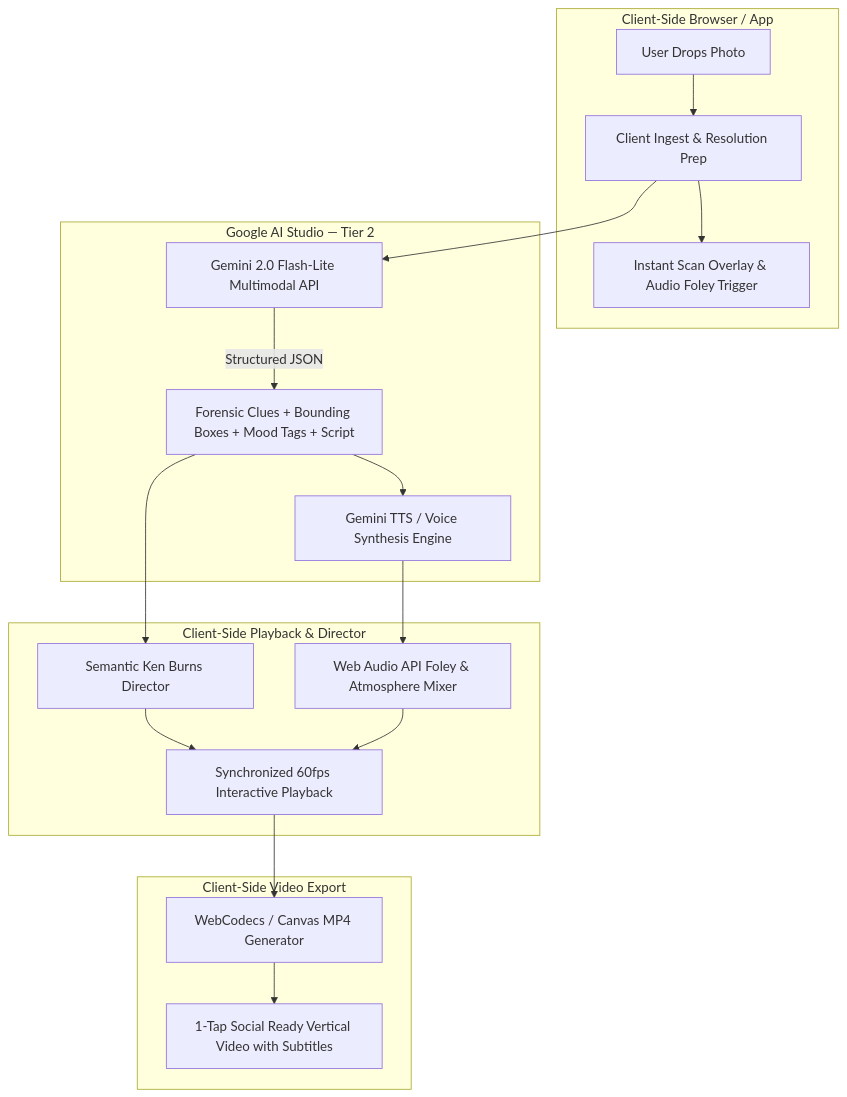
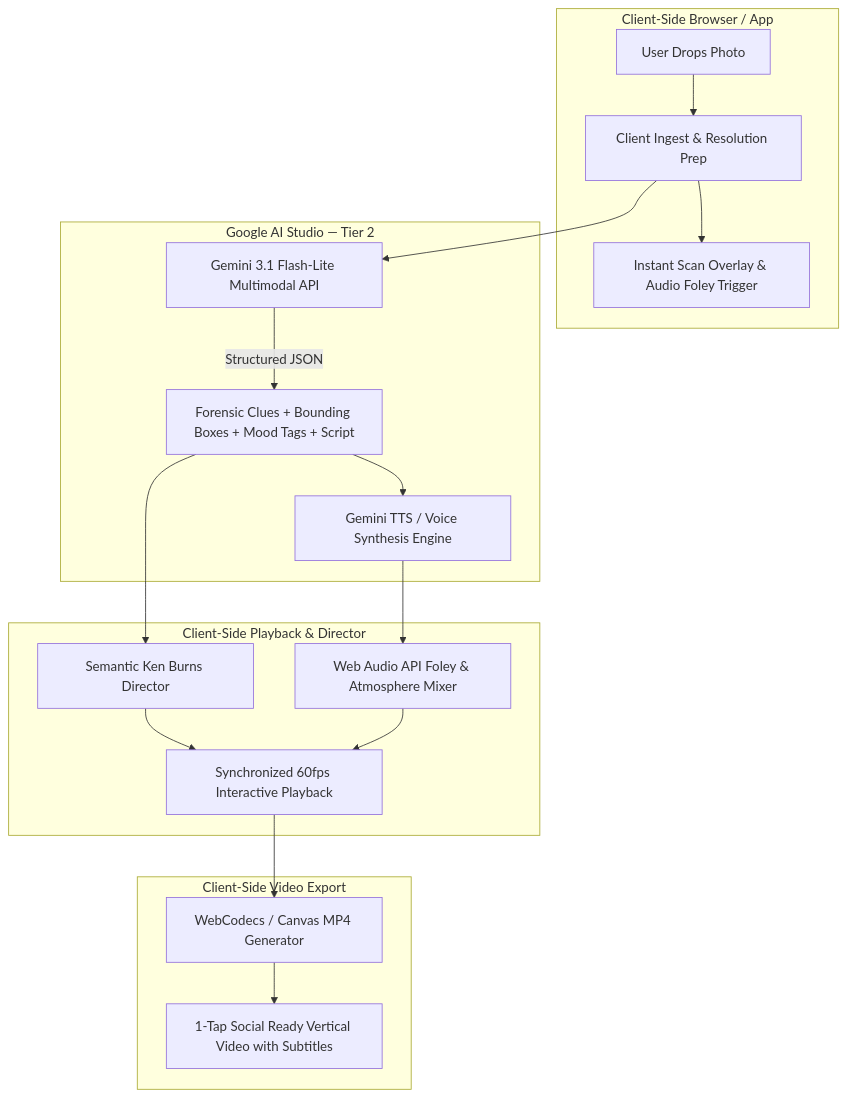
One commit to lewifi/exposuresearch-com changed the diagram in architecture.md. Above: the diagram before and after it, drawn with Mermaid. The commit also changed other lines of this file and 10 other files, not shown here.

````diff
--- a/architecture.md
+++ b/architecture.md
@@ -10,24 +10,24 @@
 ```mermaid
 flowchart TD
     subgraph Client [Client-Side Browser / App]
         A[User Drops Photo] --> B[Client Ingest & Resolution Prep]
         B --> C[Instant Scan Overlay & Audio Foley Trigger]
     end
 
     subgraph GoogleAI [Google AI Studio — Tier 2]
-        B --> D[Gemini 2.0 Flash-Lite Multimodal API]
+        B --> D[Gemini 3.1 Flash-Lite Multimodal API]
         D -->|Structured JSON| E[Forensic Clues + Bounding Boxes + Mood Tags + Script]
         E --> F[Gemini TTS / Voice Synthesis Engine]
     end
 
     subgraph PresentationEngine [Client-Side Playback & Director]
         E --> G[Semantic Ken Burns Director]
         F --> H[Web Audio API Foley & Atmosphere Mixer]
         G & H --> I[Synchronized 60fps Interactive Playback]
     end
 
     subgraph ExportEngine [Client-Side Video Export]
         I --> J[WebCodecs / Canvas MP4 Generator]
         J --> K[1-Tap Social Ready Vertical Video with Subtitles]
     end
 ```
````
